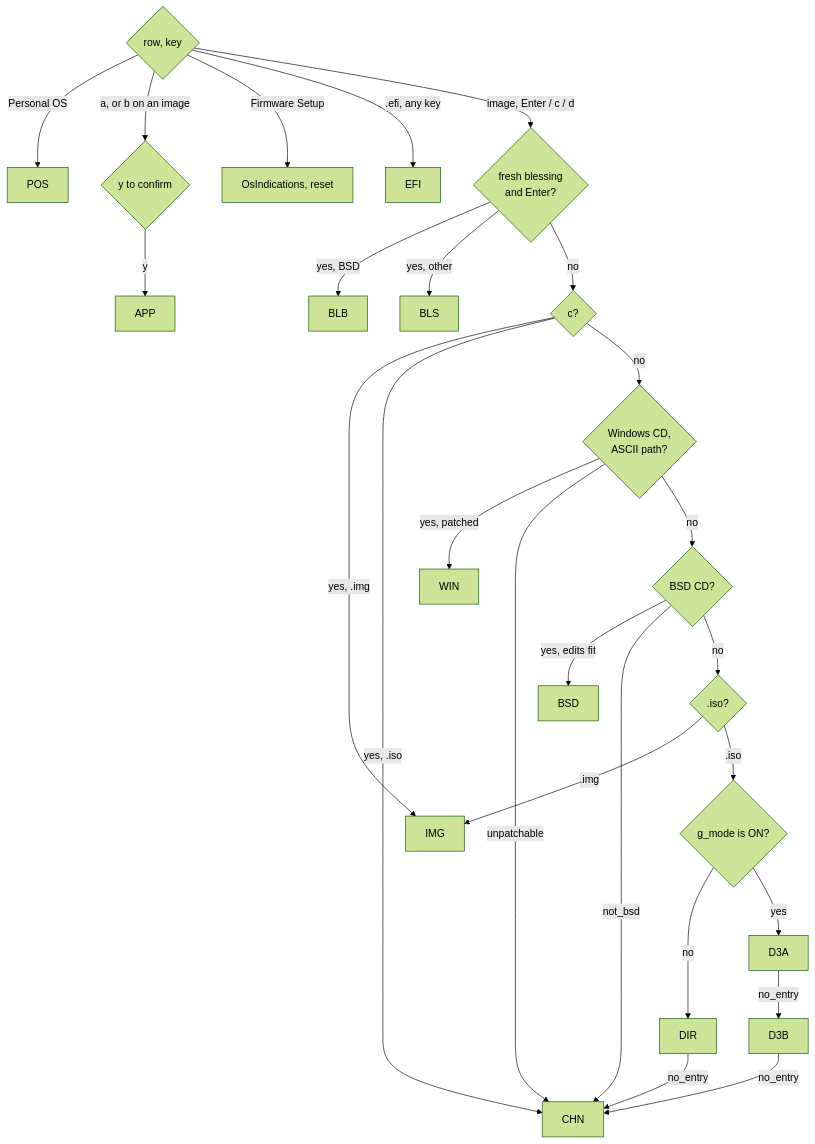
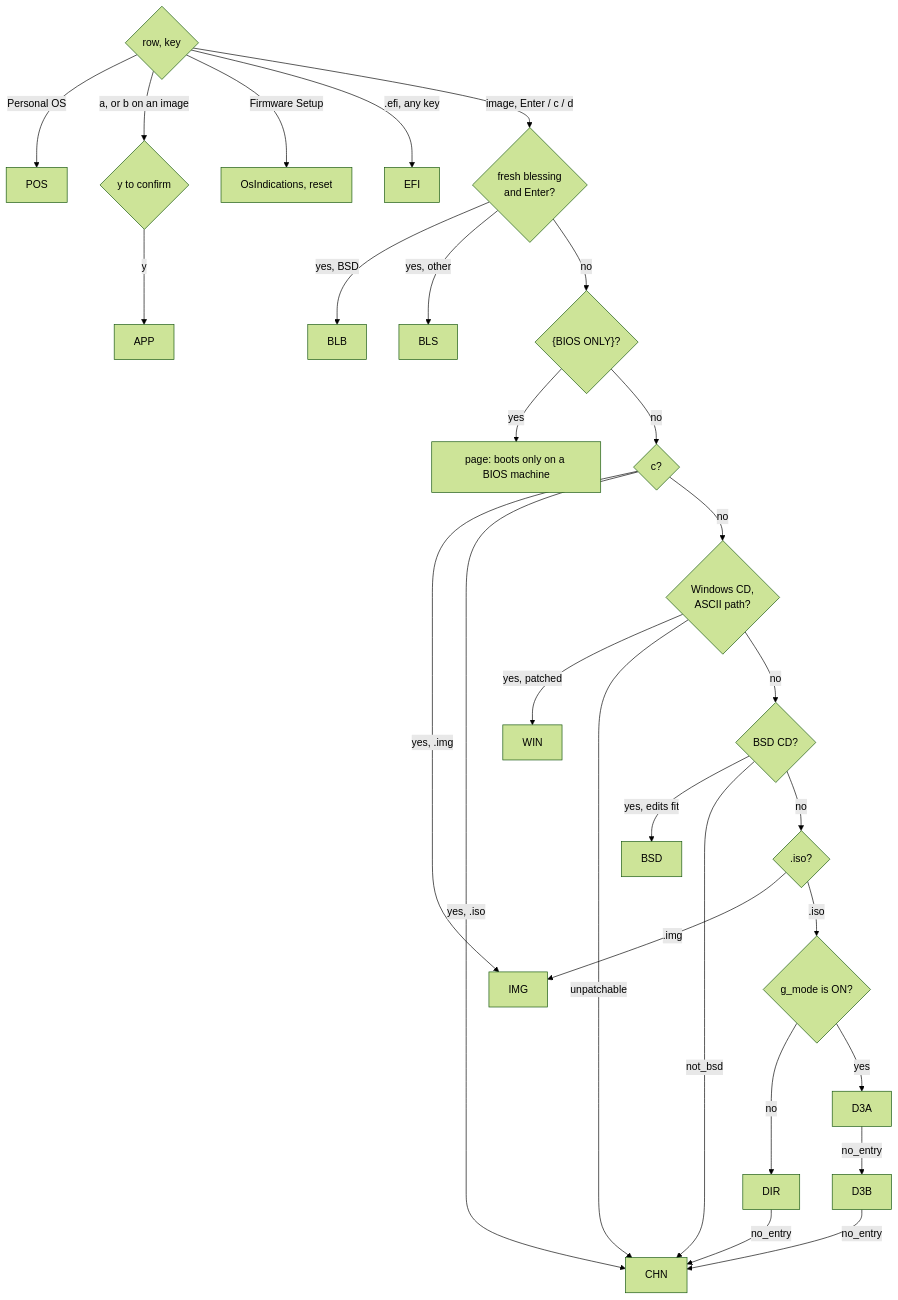
Before and after one commit to vifair22/falcon-boot: the second of 24 diagrams in docs/DESIGN.md, drawn with Mermaid (forest theme). The commit also changed other lines of this file and 14 other files, not shown here.

First line of the commit message:
Mark ISOs the UEFI loader cannot boot as {BIOS ONLY}

````diff
--- a/docs/DESIGN.md
+++ b/docs/DESIGN.md
@@ -2773,29 +2812,31 @@
 ```mermaid
 flowchart TD
     ROW{"row, key"}
     ROW -- "Personal OS" --> POS[POS]
     ROW -- "a, or b on an image" --> YES{"y to confirm"}
     YES -- y --> APP[APP]
     ROW -- "Firmware Setup" --> FWS["OsIndications, reset"]
     ROW -- ".efi, any key" --> EFI[EFI]
     ROW -- "image, Enter / c / d" --> BL{"fresh blessing<br/>and Enter?"}
     BL -- "yes, BSD" --> BLB[BLB]
     BL -- "yes, other" --> BLS[BLS]
-    BL -- no --> C{"c?"}
+    BL -- no --> BO{"{BIOS ONLY}?"}
+    BO -- yes --> BOP["page: boots only on a BIOS machine"]
+    BO -- no --> C{"c?"}
     C -- "yes, .img" --> IMG[IMG]
     C -- "yes, .iso" --> CHN[CHN]
     C -- no --> W{"Windows CD,<br/>ASCII path?"}
     W -- "yes, patched" --> WIN[WIN]
     W -- "unpatchable" --> CHN
     W -- no --> B{"BSD CD?"}
     B -- "yes, edits fit" --> BSD[BSD]
     B -- "not_bsd" --> CHN
     B -- no --> K{".iso?"}
     K -- ".img" --> IMG
     K -- ".iso" --> M{"g_mode is ON?"}
     M -- no --> DIR[DIR]
     DIR -- "no_entry" --> CHN
     M -- yes --> D3A[D3A]
     D3A -- "no_entry" --> D3B[D3B]
     D3B -- "no_entry" --> CHN
 ```
````
